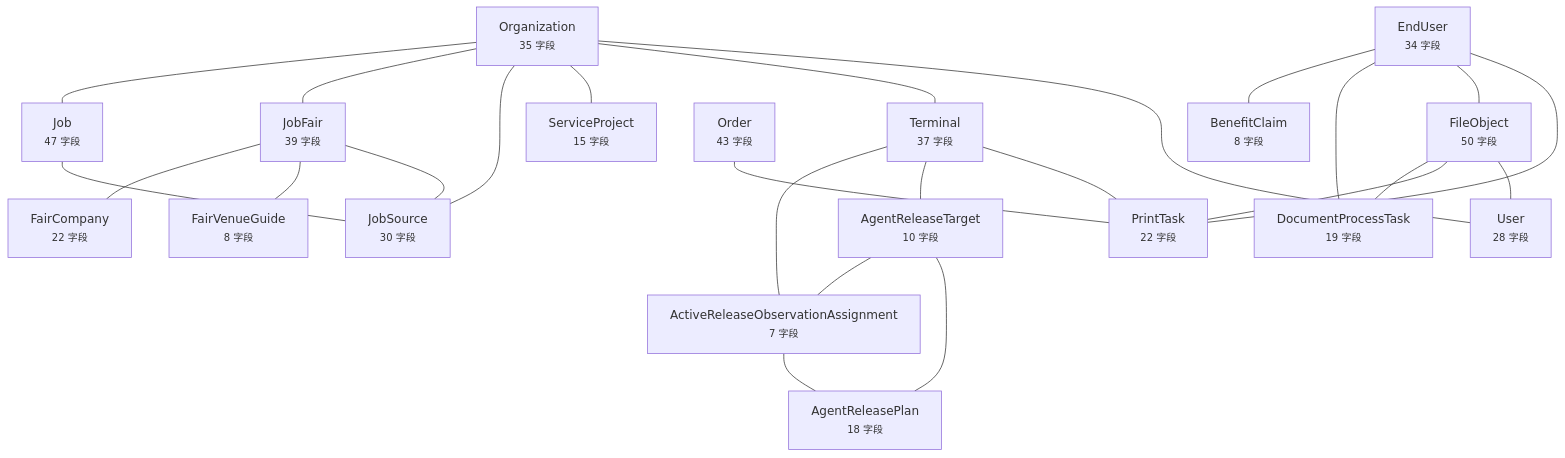
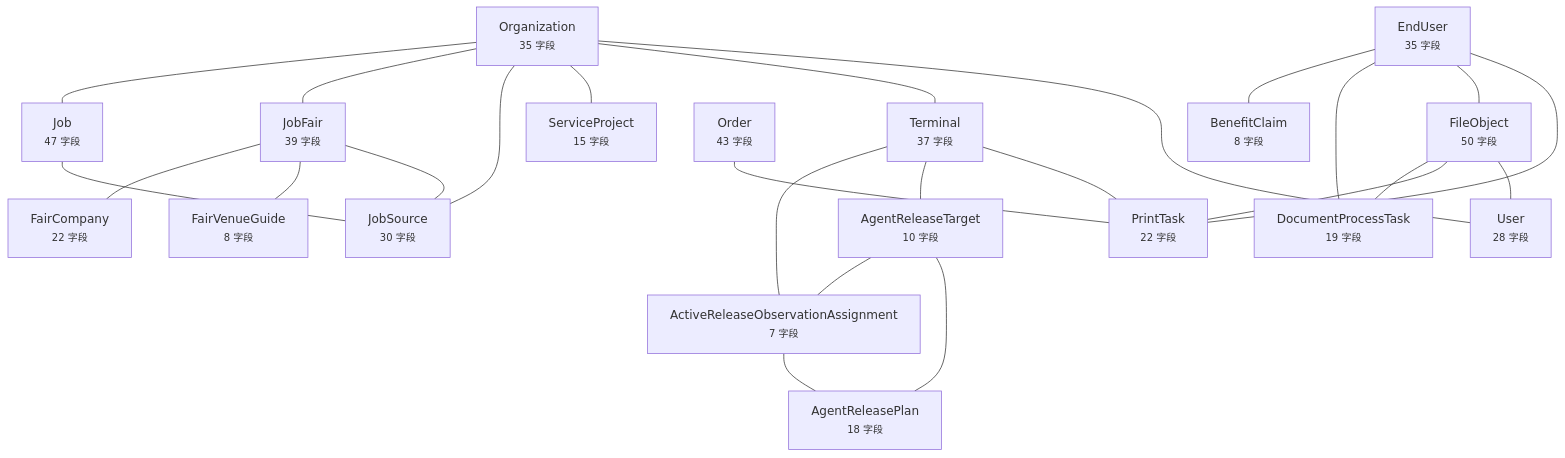
Before and after one commit to wanglei581/YITIJI: the diagram in docs/graph/data-model.md, drawn with Mermaid. The commit also changed other lines of this file and 6 other files, not shown here.

First line of the commit message:
图谱按开票第一包代码重生

````diff
--- a/docs/graph/data-model.md
+++ b/docs/graph/data-model.md
@@ -10,45 +10,45 @@
 ```mermaid
 flowchart TD
-  EndUser["EndUser<br/><small>34 字段</small>"]
+  EndUser["EndUser<br/><small>35 字段</small>"]
   Organization["Organization<br/><small>35 字段</small>"]
   Terminal["Terminal<br/><small>37 字段</small>"]
   FileObject["FileObject<br/><small>50 字段</small>"]
   Job["Job<br/><small>47 字段</small>"]
   JobFair["JobFair<br/><small>39 字段</small>"]
   JobSource["JobSource<br/><small>30 字段</small>"]
   User["User<br/><small>28 字段</small>"]
   Order["Order<br/><small>43 字段</small>"]
   PrintTask["PrintTask<br/><small>22 字段</small>"]
   AgentReleaseTarget["AgentReleaseTarget<br/><small>10 字段</small>"]
   ServiceProject["ServiceProject<br/><small>15 字段</small>"]
   ActiveReleaseObservationAssignment["ActiveReleaseObservationAssignment<br/><small>7 字段</small>"]
   AgentReleasePlan["AgentReleasePlan<br/><small>18 字段</small>"]
   BenefitClaim["BenefitClaim<br/><small>8 字段</small>"]
   DocumentProcessTask["DocumentProcessTask<br/><small>19 字段</small>"]
   FairCompany["FairCompany<br/><small>22 字段</small>"]
   FairVenueGuide["FairVenueGuide<br/><small>8 字段</small>"]
   EndUser --- BenefitClaim
   EndUser --- DocumentProcessTask
   EndUser --- FileObject
   EndUser --- PrintTask
   Organization --- Job
   Organization --- JobFair
   Organization --- JobSource
   Organization --- ServiceProject
   Organization --- Terminal
   Organization --- User
   Terminal --- ActiveReleaseObservationAssignment
   Terminal --- AgentReleaseTarget
   Terminal --- PrintTask
   FileObject --- DocumentProcessTask
   FileObject --- PrintTask
   FileObject --- User
   Job --- JobSource
   JobFair --- FairCompany
   JobFair --- FairVenueGuide
   JobFair --- JobSource
   Order --- PrintTask
   AgentReleaseTarget --- ActiveReleaseObservationAssignment
   AgentReleaseTarget --- AgentReleasePlan
   ActiveReleaseObservationAssignment --- AgentReleasePlan
 ```
````
